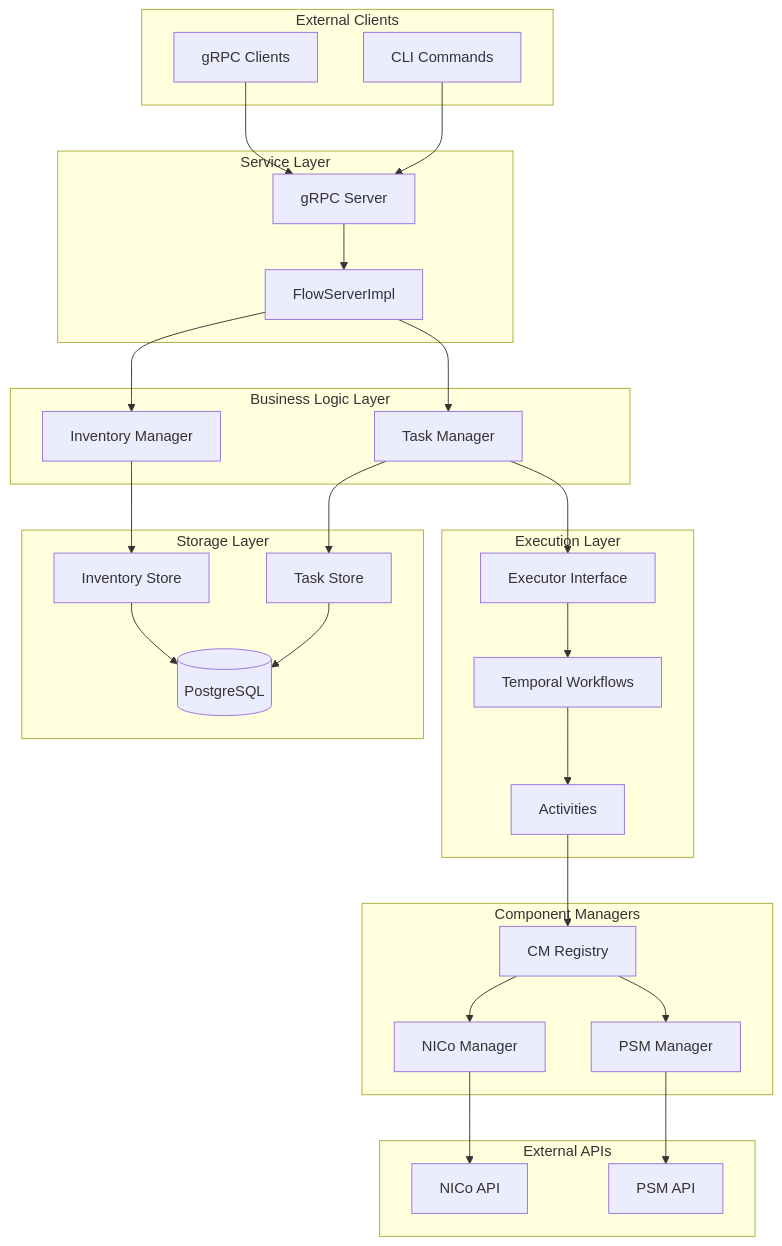
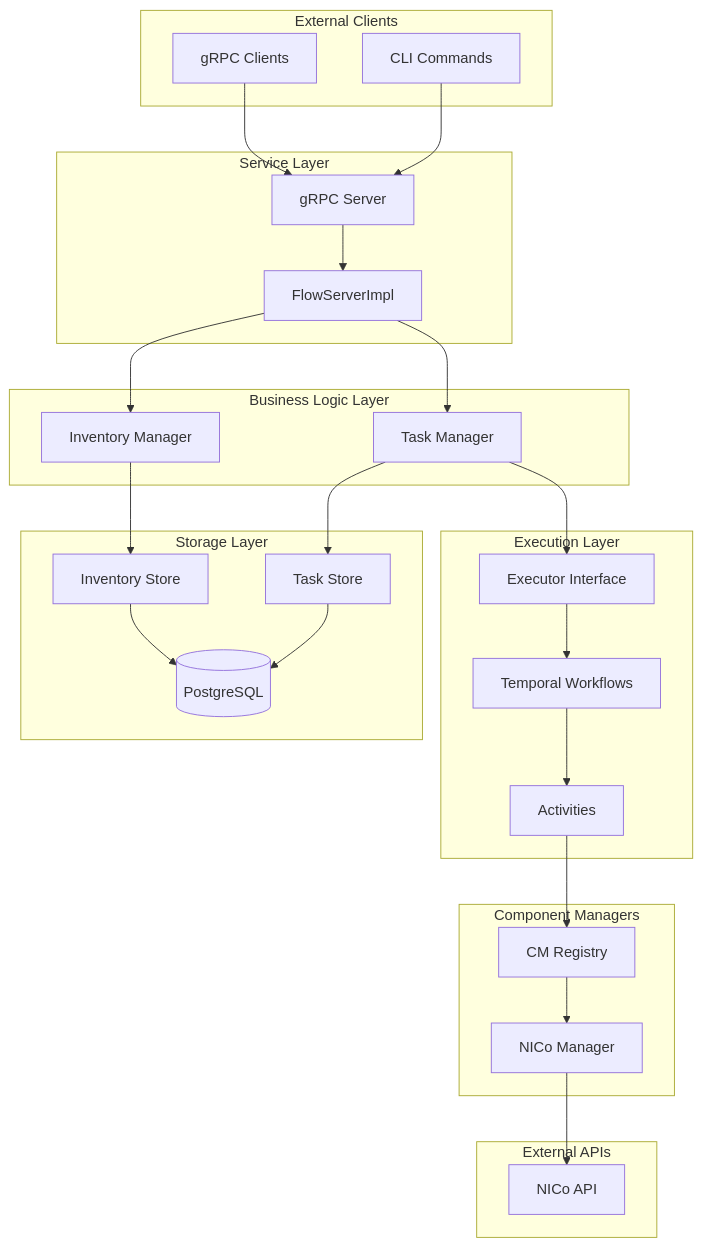
One commit to NVIDIA/bare-metal-manager-core changed the first of 3 diagrams in rest-api/flow/docs/flow-architecture.md. Above: the diagram before and after it, drawn with Mermaid. The commit also changed other lines of this file and 46 other files, not shown here.

First line of the commit message:
chore(flow): remove direct PSM/NSM integrations

````diff
--- a/rest-api/flow/docs/flow-architecture.md
+++ b/rest-api/flow/docs/flow-architecture.md
@@ -44,58 +44,54 @@
 ```mermaid
 flowchart TB
     subgraph external [External Clients]
         grpcClient[gRPC Clients]
         cli[CLI Commands]
     end
 
     subgraph service [Service Layer]
         grpcServer[gRPC Server]
         serverImpl[FlowServerImpl]
     end
 
     subgraph business [Business Logic Layer]
         invManager[Inventory Manager]
         taskManager[Task Manager]
     end
 
     subgraph storage [Storage Layer]
         invStore[Inventory Store]
         taskStore[Task Store]
         postgres[(PostgreSQL)]
     end
 
     subgraph execution [Execution Layer]
         executor[Executor Interface]
         temporal[Temporal Workflows]
         activities[Activities]
     end
 
     subgraph componentmgr [Component Managers]
         cmRegistry[CM Registry]
         nicoCM[NICo Manager]
-        psmCM[PSM Manager]
     end
 
     subgraph external_apis [External APIs]
         nicoAPI[NICo API]
-        psmAPI[PSM API]
     end
 
     grpcClient --> grpcServer
     cli --> grpcServer
     grpcServer --> serverImpl
     serverImpl --> invManager
     serverImpl --> taskManager
     invManager --> invStore
     taskManager --> taskStore
     taskManager --> executor
     invStore --> postgres
     taskStore --> postgres
     executor --> temporal
     temporal --> activities
     activities --> cmRegistry
     cmRegistry --> nicoCM
-    cmRegistry --> psmCM
     nicoCM --> nicoAPI
-    psmCM --> psmAPI
 ```
````
